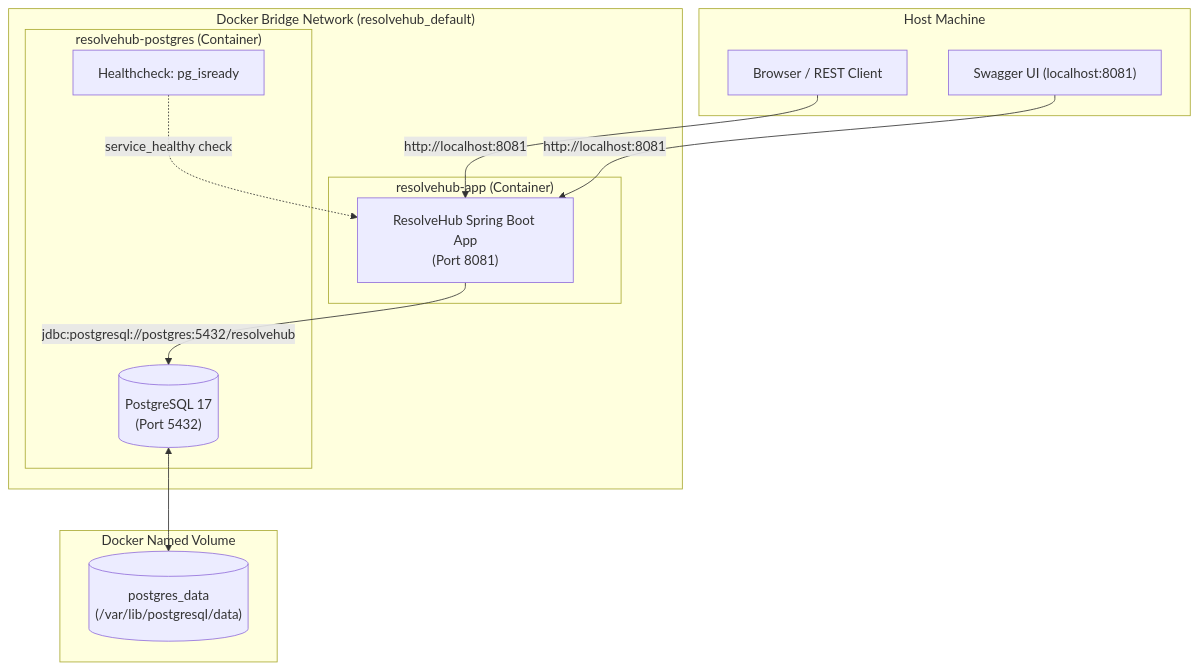
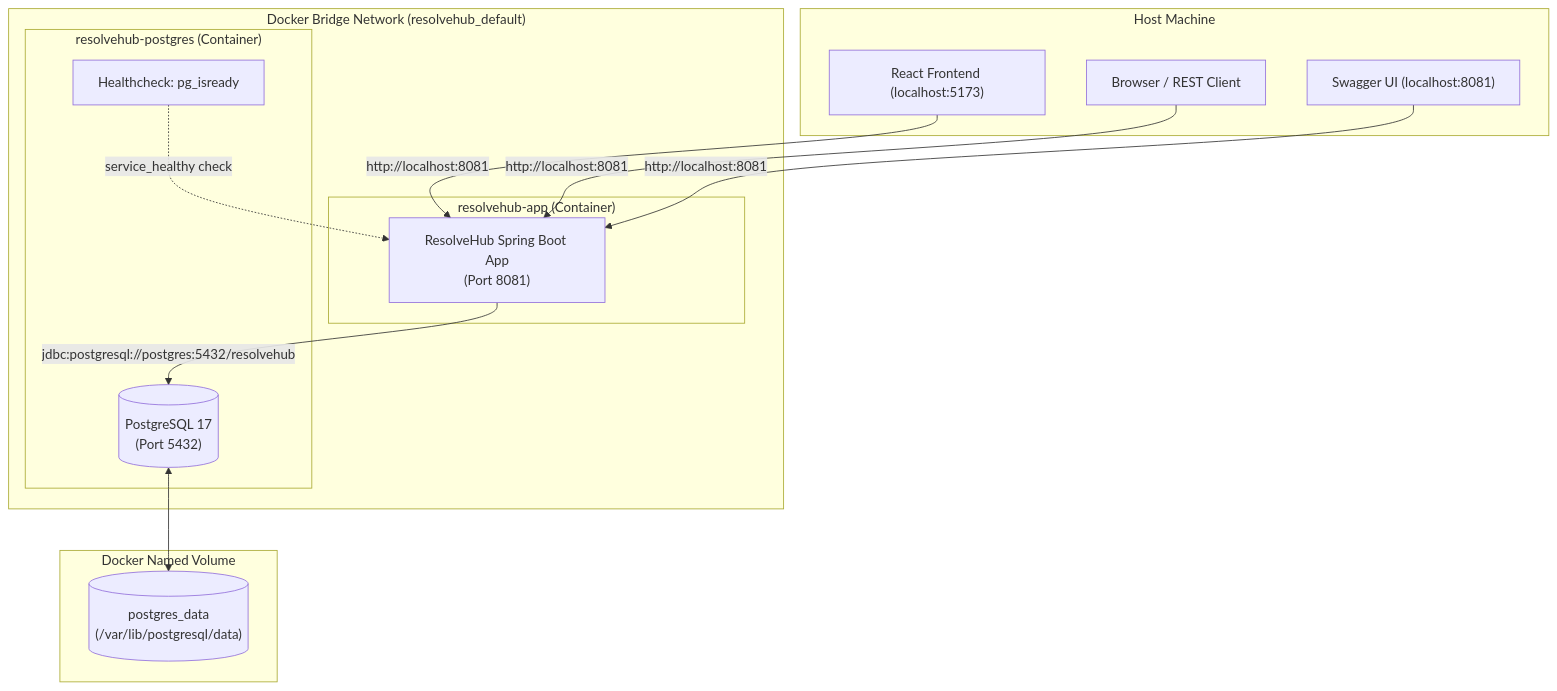
The second of 2 diagrams in README.md (ayesha19765/ResolveHub), drawn with Mermaid before and after one commit. The commit also changed other lines of this file and 41 other files, not shown here.

````diff
--- a/README.md
+++ b/README.md
@@ -80,29 +157,31 @@
 ```mermaid
 flowchart TD
 
     subgraph Host["Host Machine"]
         Client["Browser / REST Client"]
+        FrontendDev["React Frontend (localhost:5173)"]
         Swagger["Swagger UI (localhost:8081)"]
     end
 
     subgraph DockerNetwork["Docker Bridge Network (resolvehub_default)"]
         subgraph AppContainer["resolvehub-app (Container)"]
             App["ResolveHub Spring Boot App\n(Port 8081)"]
         end
 
         subgraph PostgresContainer["resolvehub-postgres (Container)"]
             DB[("PostgreSQL 17\n(Port 5432)")]
             Health["Healthcheck: pg_isready"]
         end
     end
 
     subgraph PersistentStorage["Docker Named Volume"]
         Volume[("postgres_data\n(/var/lib/postgresql/data)")]
     end
 
+    FrontendDev -->|http://localhost:8081| App
     Client -->|http://localhost:8081| App
     Swagger -->|http://localhost:8081| App
     App -->|"jdbc:postgresql://postgres:5432/resolvehub"| DB
     DB <--> Volume
     Health -.->|"service_healthy check"| App
 ```
````
